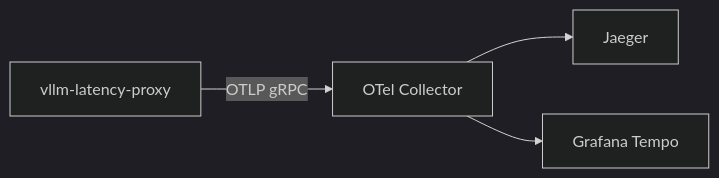
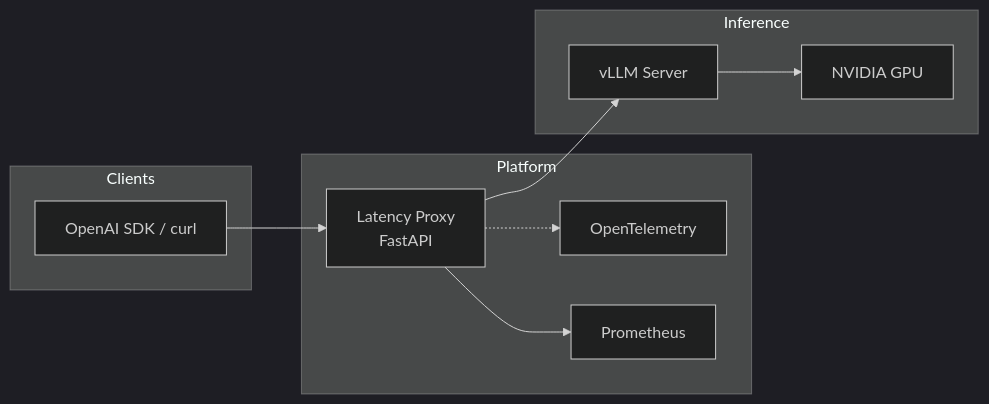
The first of 2 diagrams in README.md (ArchanaChetan07/ai-inference-observability-platform), drawn with Mermaid (dark theme) before and after one commit. The commit also changed other lines of this file, not shown here.

Commit message:
docs: rewrite README for AI Inference Observability Platform branding

````diff
--- a/README.md
+++ b/README.md
@@ -340,6 +118,19 @@
 ```mermaid
 flowchart LR
-    Proxy[vllm-latency-proxy] -->|OTLP gRPC| Collector[OTel Collector]
-    Collector --> Jaeger[Jaeger]
-    Collector --> Tempo[Grafana Tempo]
+    subgraph Clients
+        SDK[OpenAI SDK / curl]
+    end
+    subgraph Platform
+        Proxy[Latency Proxy<br/>FastAPI]
+        OTel[OpenTelemetry]
+        Prom[Prometheus]
+    end
+    subgraph Inference
+        VLLM[vLLM Server]
+        GPU[NVIDIA GPU]
+    end
+    SDK --> Proxy
+    Proxy --> VLLM --> GPU
+    Proxy --> Prom
+    Proxy -.-> OTel
 ```
````
